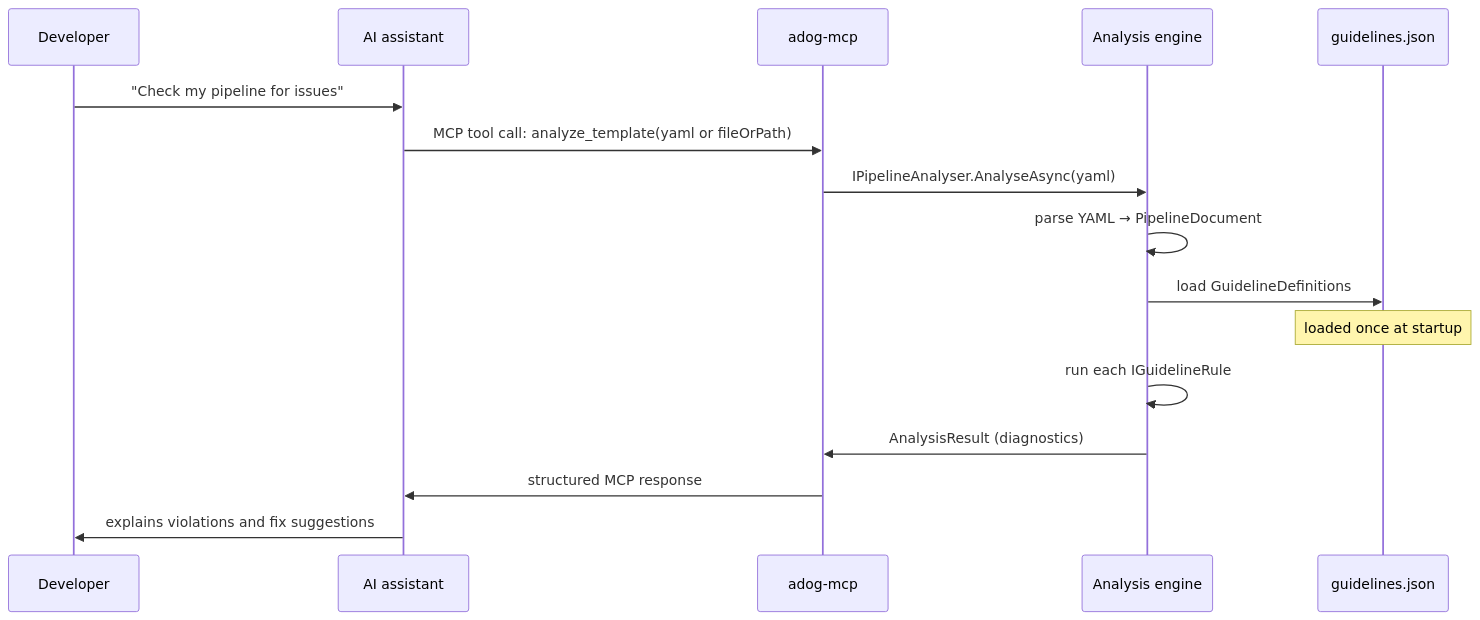
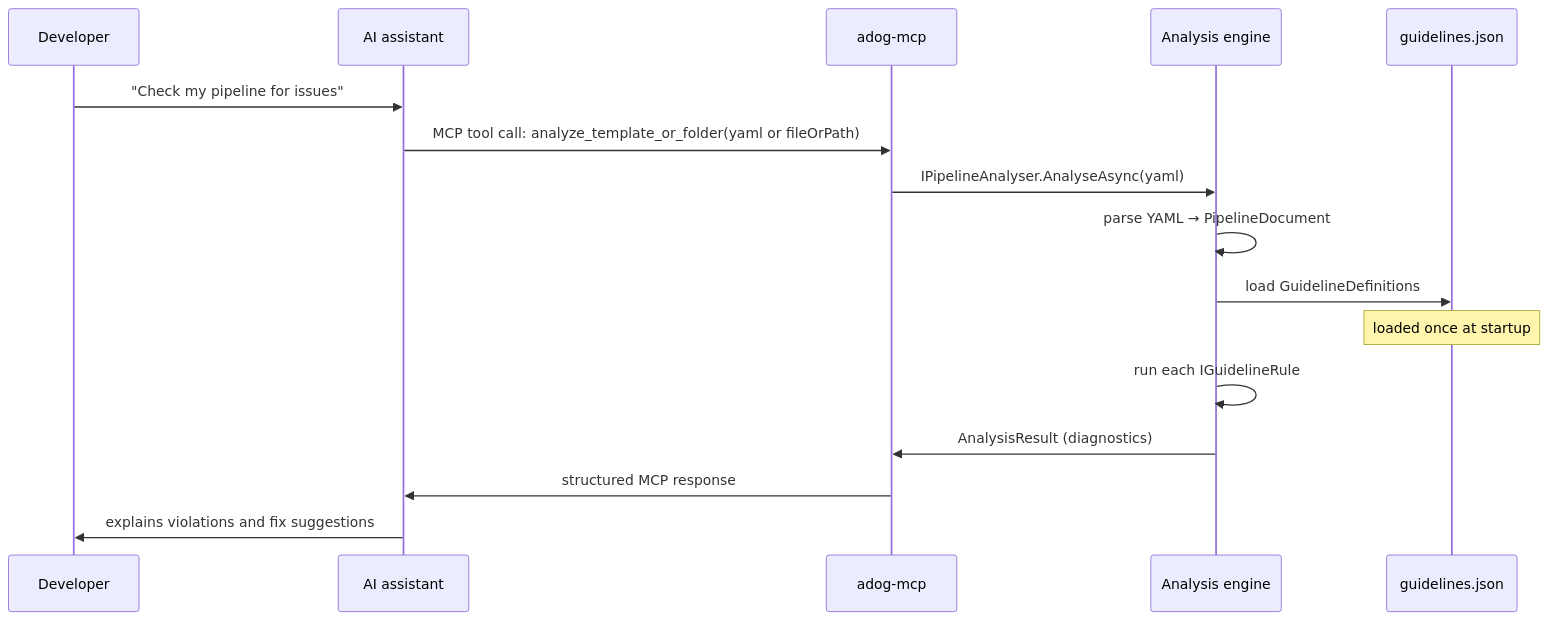
Before and after one commit to ruijarimba/azure-pipelines-guidelines-ai-mcp: the second of 2 diagrams in docs/how-it-works.md, drawn with Mermaid. The commit also changed other lines of this file and 15 other files, not shown here.

Commit message:
refactor: improve MCP analysis path handling

````diff
--- a/docs/how-it-works.md
+++ b/docs/how-it-works.md
@@ -44,19 +44,19 @@
 ```mermaid
 sequenceDiagram
     participant Dev as Developer
     participant AI as AI assistant
     participant Srv as adog-mcp
     participant Eng as Analysis engine
     participant Mnf as guidelines.json
 
     Dev->>AI: "Check my pipeline for issues"
-    AI->>Srv: MCP tool call: analyze_template(yaml or fileOrPath)
+    AI->>Srv: MCP tool call: analyze_template_or_folder(yaml or fileOrPath)
     Srv->>Eng: IPipelineAnalyser.AnalyseAsync(yaml)
     Eng->>Eng: parse YAML → PipelineDocument
     Eng->>Mnf: load GuidelineDefinitions
     Note over Mnf: loaded once at startup
     Eng->>Eng: run each IGuidelineRule
     Eng->>Srv: AnalysisResult (diagnostics)
     Srv->>AI: structured MCP response
     AI->>Dev: explains violations and fix suggestions
 ```
````
